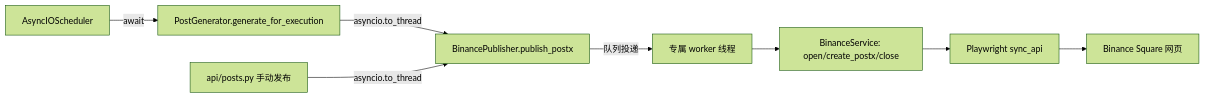
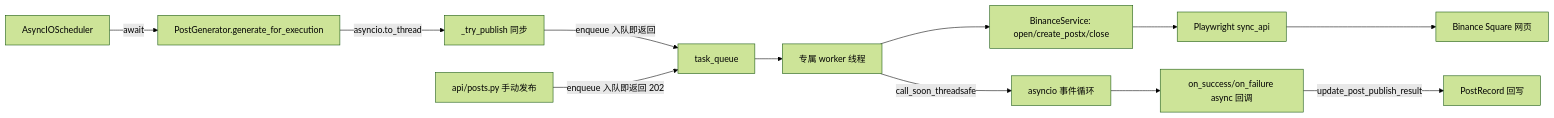
One commit to cqlwm/trading-service changed the sixth of 7 diagrams in architecture_document/06-integration.md. Above: the diagram before and after it, drawn with Mermaid (forest theme). The commit also changed other lines of this file and 10 other files, not shown here.

Commit message:
- BinancePublisher

````diff
--- a/architecture_document/06-integration.md
+++ b/architecture_document/06-integration.md
@@ -323,11 +323,15 @@
 ```mermaid
 graph LR
     S[AsyncIOScheduler] -->|await| PG[PostGenerator.generate_for_execution]
-    PG -->|asyncio.to_thread| PP[BinancePublisher.publish_postx]
-    PP -->|队列投递| W[专属 worker 线程]
+    PG -->|asyncio.to_thread| TP[_try_publish 同步]
+    TP -->|enqueue 入队即返回| Q[task_queue]
+    Q --> W[专属 worker 线程]
     W --> BS[BinanceService: open/create_postx/close]
     BS --> PW[Playwright sync_api]
     PW --> BIN[Binance Square 网页]
+    W -->|call_soon_threadsafe| LOOP[asyncio 事件循环]
+    LOOP --> CB[on_success/on_failure async 回调]
+    CB -->|update_post_publish_result| DB[PostRecord 回写]
 
-    API[api/posts.py 手动发布] -->|asyncio.to_thread| PP
+    API[api/posts.py 手动发布] -->|enqueue 入队即返回 202| Q
 ```
````
